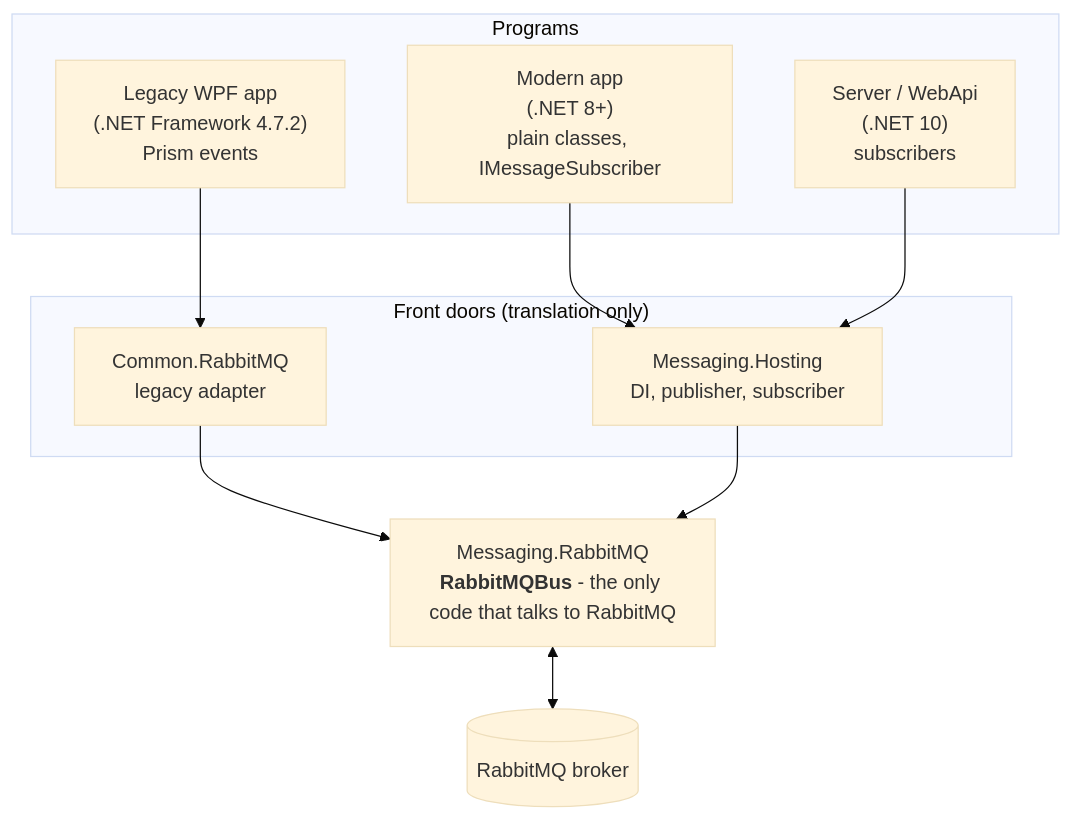
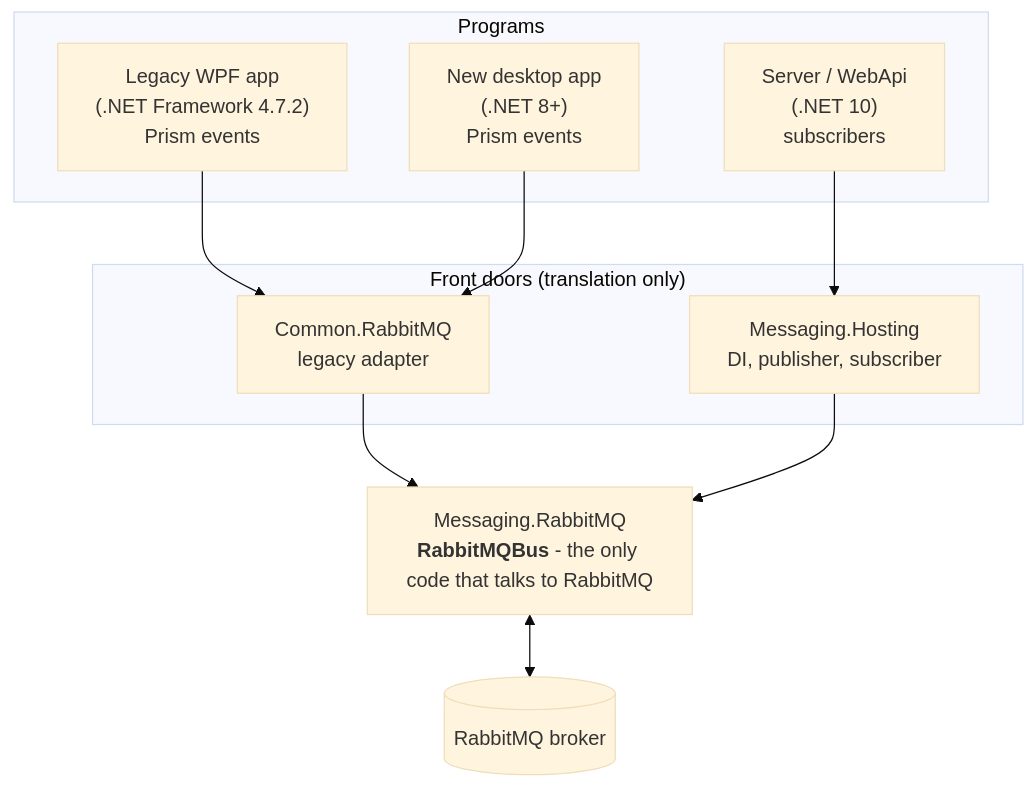
Before and after one commit to ncowine/CleanArchitecture: the first of 3 diagrams in docs/messaging/README.md, drawn with Mermaid (base theme). The commit also changed other lines of this file and 71 other files, not shown here.

````diff
--- a/docs/messaging/README.md
+++ b/docs/messaging/README.md
@@ -112,18 +112,18 @@
 ```mermaid
 flowchart TB
     subgraph Apps["Programs"]
         L["Legacy WPF app<br/>(.NET Framework 4.7.2)<br/>Prism events"]
-        M["Modern app<br/>(.NET 8+)<br/>plain classes, IMessageSubscriber"]
+        M["New desktop app<br/>(.NET 8+)<br/>Prism events"]
         S["Server / WebApi<br/>(.NET 10)<br/>subscribers"]
     end
     subgraph FrontDoors["Front doors (translation only)"]
         A["Common.RabbitMQ<br/>legacy adapter"]
         H["Messaging.Hosting<br/>DI, publisher, subscriber"]
     end
     Core["Messaging.RabbitMQ<br/><b>RabbitMQBus</b> - the only code that talks to RabbitMQ"]
     B[("RabbitMQ broker")]
     L --> A --> Core
-    M --> H
+    M --> A
     S --> H --> Core
     Core <--> B
 ```
````
